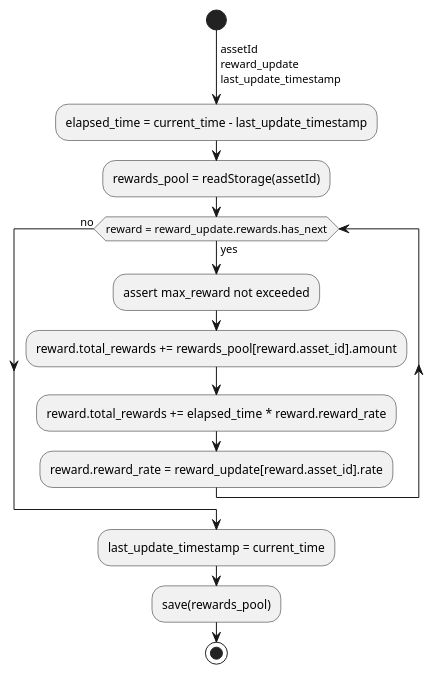
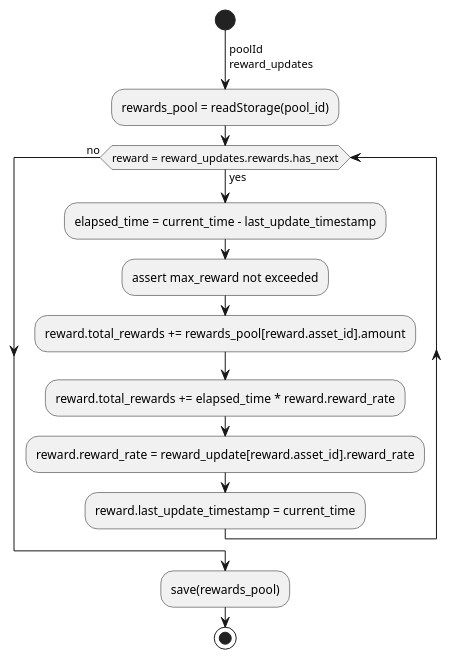
Before and after one commit to ComposableFi/composable: the ninth of 11 diagrams in rfcs/0005-pablo-distribution-assets/0005-pablo-distribution.adoc, drawn with PlantUML. The commit also changed other lines of this file and 8 other files, not shown here.

Commit message:
pablo & staking rewards rfc review. Updated diagrams for staking, extend position, unstake, update reward pool, reward accumulation hook, split position, claim. Fixed the links

```diff
--- a/rfcs/0005-pablo-distribution-assets/0005-pablo-distribution.adoc
+++ b/rfcs/0005-pablo-distribution-assets/0005-pablo-distribution.adoc
@@ -526,16 +522,16 @@
 [plantuml,images/update-reward-pool,png]
 ----
 start
-->assetId\nreward_update\nlast_update_timestamp;
-:elapsed_time = current_time - last_update_timestamp;
-:rewards_pool = readStorage(assetId);
-while (reward = reward_update.rewards.has_next) is (yes)
+->poolId\nreward_updates;
+:rewards_pool = readStorage(pool_id);
+while (reward = reward_updates.rewards.has_next) is (yes)
+    :elapsed_time = current_time - last_update_timestamp;
     :assert max_reward not exceeded;
     :reward.total_rewards += rewards_pool[reward.asset_id].amount;
     :reward.total_rewards += elapsed_time * reward.reward_rate;
-    :reward.reward_rate = reward_update[reward.asset_id].rate;
+    :reward.reward_rate = reward_update[reward.asset_id].reward_rate;
+    :reward.last_update_timestamp = current_time;
 endwhile (no)
-:last_update_timestamp = current_time;
 :save(rewards_pool);
 stop
 ----
```
